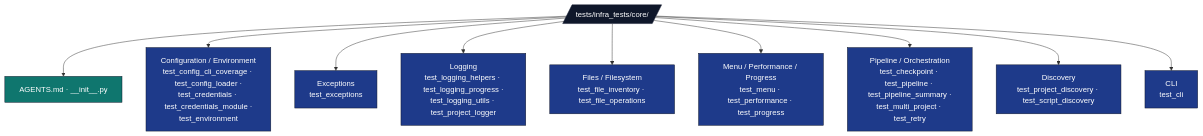
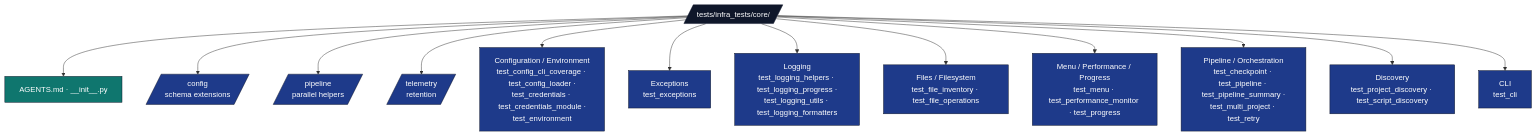
One commit to docxology/template changed the diagram in tests/infra_tests/core/AGENTS.md. Above: the diagram before and after it, drawn with Mermaid. The commit also changed other lines of this file and 952 other files, not shown here.

````diff
--- a/tests/infra_tests/core/AGENTS.md
+++ b/tests/infra_tests/core/AGENTS.md
@@ -9,21 +9,24 @@
 ```mermaid
 flowchart TB
     T[/tests/infra_tests/core//]
     T --> META[AGENTS.md · __init__.py]
+    T --> CFG_DIR[/config<br/>schema extensions/]
+    T --> PIPE_DIR[/pipeline<br/>parallel helpers/]
+    T --> TEL_DIR[/telemetry<br/>retention/]
 
     T --> CFG[Configuration / Environment<br/>test_config_cli_coverage · test_config_loader ·<br/>test_credentials · test_credentials_module ·<br/>test_environment]
     T --> EXC[Exceptions<br/>test_exceptions]
-    T --> LOG[Logging<br/>test_logging_helpers · test_logging_progress ·<br/>test_logging_utils · test_project_logger]
+    T --> LOG[Logging<br/>test_logging_helpers · test_logging_progress ·<br/>test_logging_utils · test_logging_formatters]
     T --> FILES[Files / Filesystem<br/>test_file_inventory · test_file_operations]
-    T --> MENU[Menu / Performance / Progress<br/>test_menu · test_performance · test_progress]
+    T --> MENU[Menu / Performance / Progress<br/>test_menu · test_performance_monitor · test_progress]
     T --> PIPE[Pipeline / Orchestration<br/>test_checkpoint · test_pipeline · test_pipeline_summary ·<br/>test_multi_project · test_retry]
     T --> DISC[Discovery<br/>test_project_discovery · test_script_discovery]
     T --> CLI[CLI<br/>test_cli]
 
     classDef d fill:#0f172a,stroke:#0f172a,color:#fff
     classDef cat fill:#1e3a8a,stroke:#0f172a,color:#fff
     classDef doc fill:#0f766e,stroke:#0f172a,color:#fff
     class T d
-    class CFG,EXC,LOG,FILES,MENU,PIPE,DISC,CLI cat
+    class CFG,EXC,LOG,FILES,MENU,PIPE,DISC,CLI,CFG_DIR,PIPE_DIR,TEL_DIR cat
     class META doc
 ```
````
